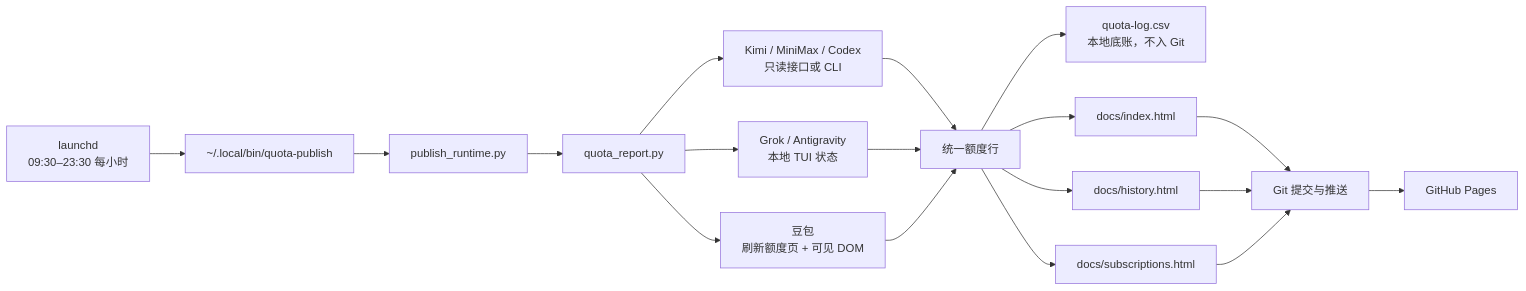
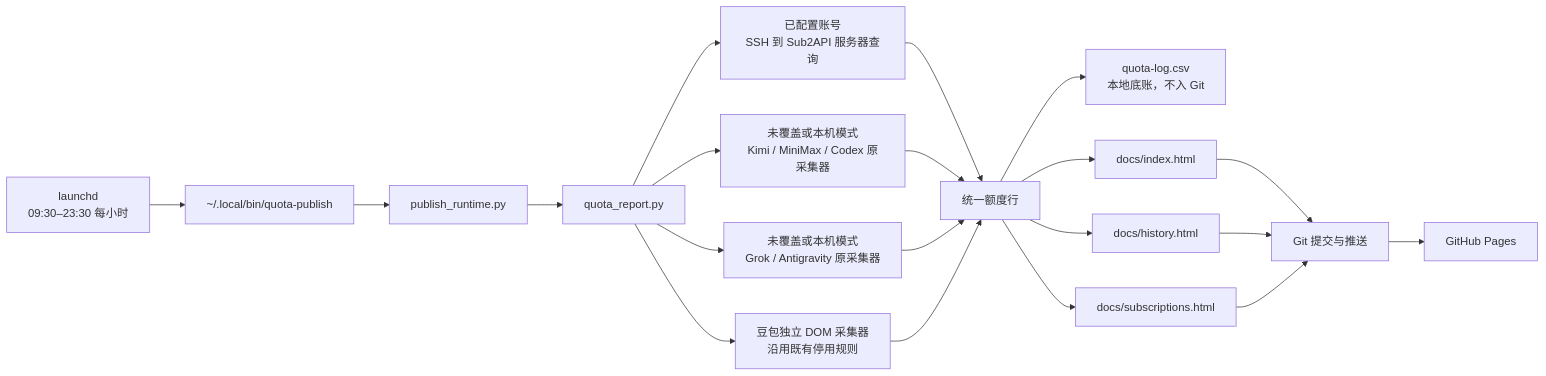
One commit to insistgang/ai-quota-monitor changed the first of 2 diagrams in docs/project-design.md. Above: the diagram before and after it, drawn with Mermaid. The commit also changed other lines of this file and 12 other files, not shown here.

First line of the commit message:
fix: 修复 Antigravity 周额度展示与 MiniMax 无周额度卡片显示

````diff
--- a/docs/project-design.md
+++ b/docs/project-design.md
@@ -19,20 +19,22 @@
 ```mermaid
 flowchart LR
     A[launchd<br/>09:30–23:30 每小时] --> B[~/.local/bin/quota-publish]
     B --> C[publish_runtime.py]
     C --> D[quota_report.py]
-    D --> E1[Kimi / MiniMax / Codex<br/>只读接口或 CLI]
-    D --> E2[Grok / Antigravity<br/>本地 TUI 状态]
-    D --> E3[豆包<br/>刷新额度页 + 可见 DOM]
+    D --> S[已配置账号<br/>SSH 到 Sub2API 服务器查询]
+    D --> E1[未覆盖或本机模式<br/>Kimi / MiniMax / Codex 原采集器]
+    D --> E2[未覆盖或本机模式<br/>Grok / Antigravity 原采集器]
+    D --> E3[豆包独立 DOM 采集器<br/>沿用既有停用规则]
+    S --> F
     E1 --> F[统一额度行]
     E2 --> F
     E3 --> F
     F --> G[quota-log.csv<br/>本地底账，不入 Git]
     F --> H[docs/index.html]
     F --> I[docs/history.html]
     F --> J[docs/subscriptions.html]
     H --> K[Git 提交与推送]
     I --> K
     J --> K
     K --> L[GitHub Pages]
 ```
````
